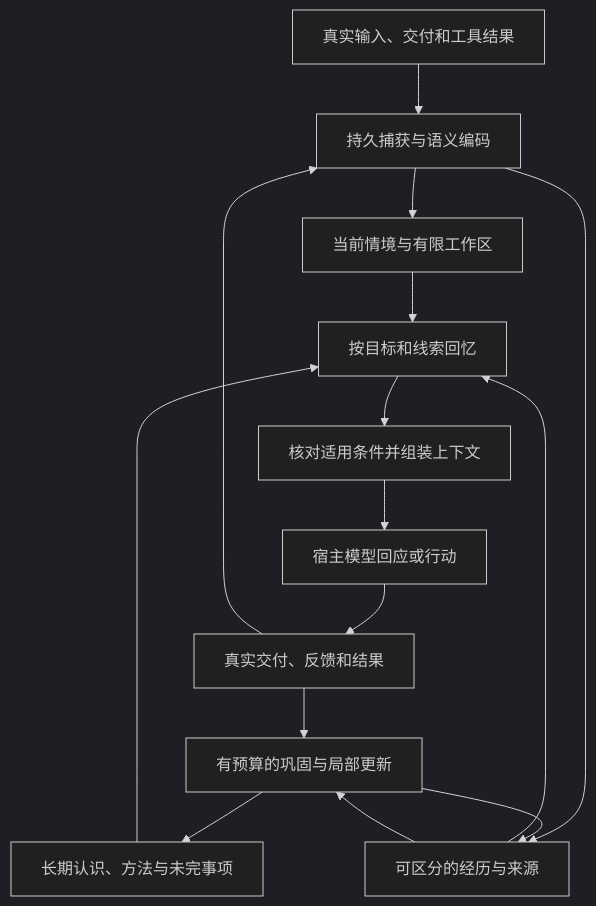
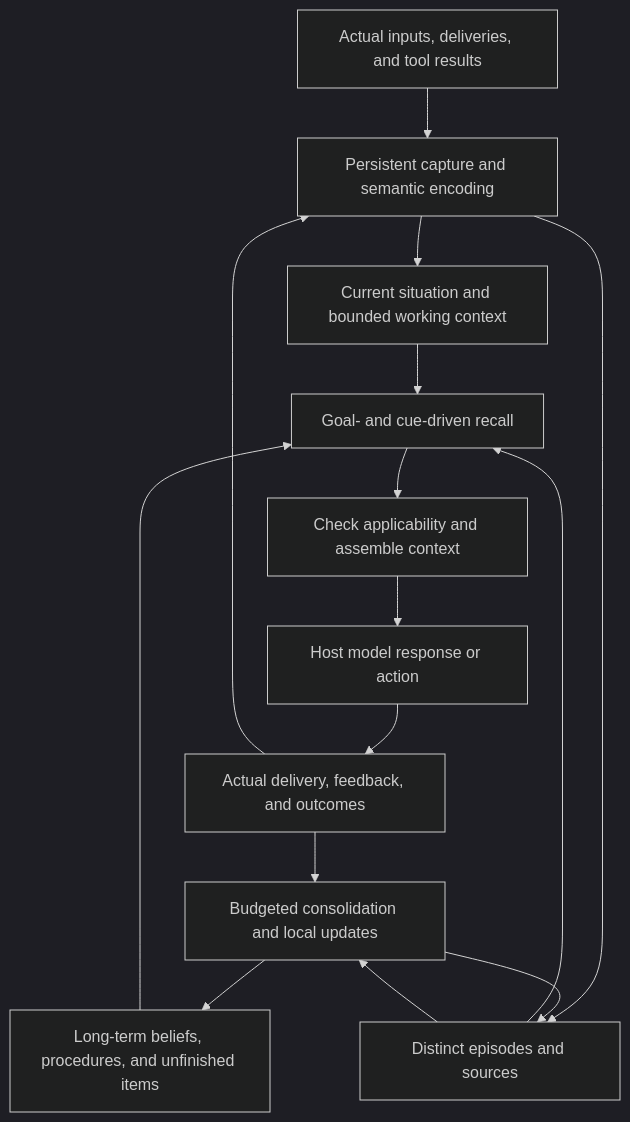
One commit to chriswu727/agent-memory changed the diagram in architecture/cognitive-memory-plan.md. Above: the diagram before and after it, drawn with Mermaid (dark theme). The commit also changed other lines of this file and 19 other files, not shown here.

````diff
--- a/architecture/cognitive-memory-plan.md
+++ b/architecture/cognitive-memory-plan.md
@@ -89,17 +89,17 @@
 ```mermaid
 flowchart TD
-  A[真实输入、交付和工具结果] --> B[持久捕获与语义编码]
-  B --> C[当前情境与有限工作区]
-  B --> D[可区分的经历与来源]
-  C --> E[按目标和线索回忆]
+  A[Actual inputs, deliveries, and tool results] --> B[Persistent capture and semantic encoding]
+  B --> C[Current situation and bounded working context]
+  B --> D[Distinct episodes and sources]
+  C --> E[Goal- and cue-driven recall]
   D --> E
-  F[长期认识、方法与未完事项] --> E
-  E --> G[核对适用条件并组装上下文]
-  G --> H[宿主模型回应或行动]
-  H --> I[真实交付、反馈和结果]
+  F[Long-term beliefs, procedures, and unfinished items] --> E
+  E --> G[Check applicability and assemble context]
+  G --> H[Host model response or action]
+  H --> I[Actual delivery, feedback, and outcomes]
   I --> B
-  D --> J[有预算的巩固与局部更新]
+  D --> J[Budgeted consolidation and local updates]
   I --> J
   J --> F
   J --> D
 ```
````
